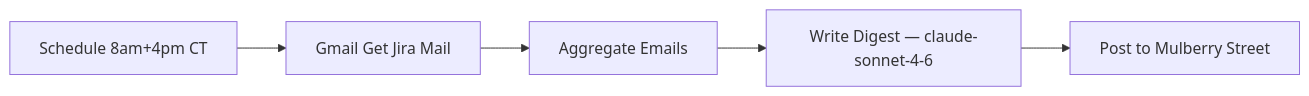
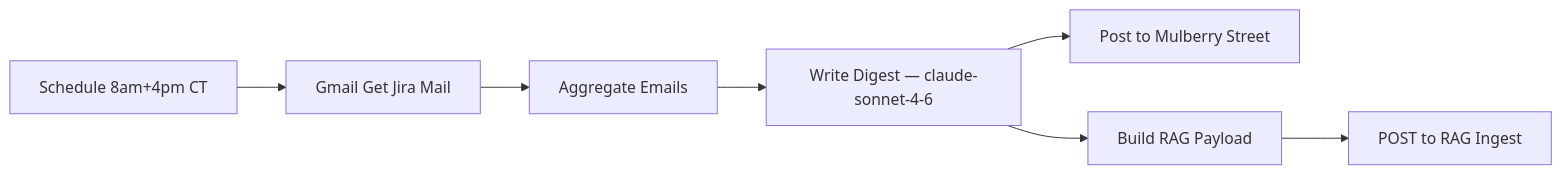
The first of 2 diagrams in docs/workflows/bugsy-jira-digest.md (anthonycoffey/_agent), drawn with Mermaid before and after one commit. The commit also changed other lines of this file and 2 other files, not shown here.

First line of the commit message:
feat(jira-digest): mirror digests into Qdrant via /rag-ingest

````diff
--- a/docs/workflows/bugsy-jira-digest.md
+++ b/docs/workflows/bugsy-jira-digest.md
@@ -17,7 +17,9 @@
 ```mermaid
 flowchart LR
   S[Schedule 8am+4pm CT] --> G[Gmail Get Jira Mail]
   G --> A[Aggregate Emails]
   A --> L[Write Digest — claude-sonnet-4-6]
   L --> SL[Post to Mulberry Street]
+  L --> RP[Build RAG Payload]
+  RP --> RI[POST to RAG Ingest]
 ```
````
